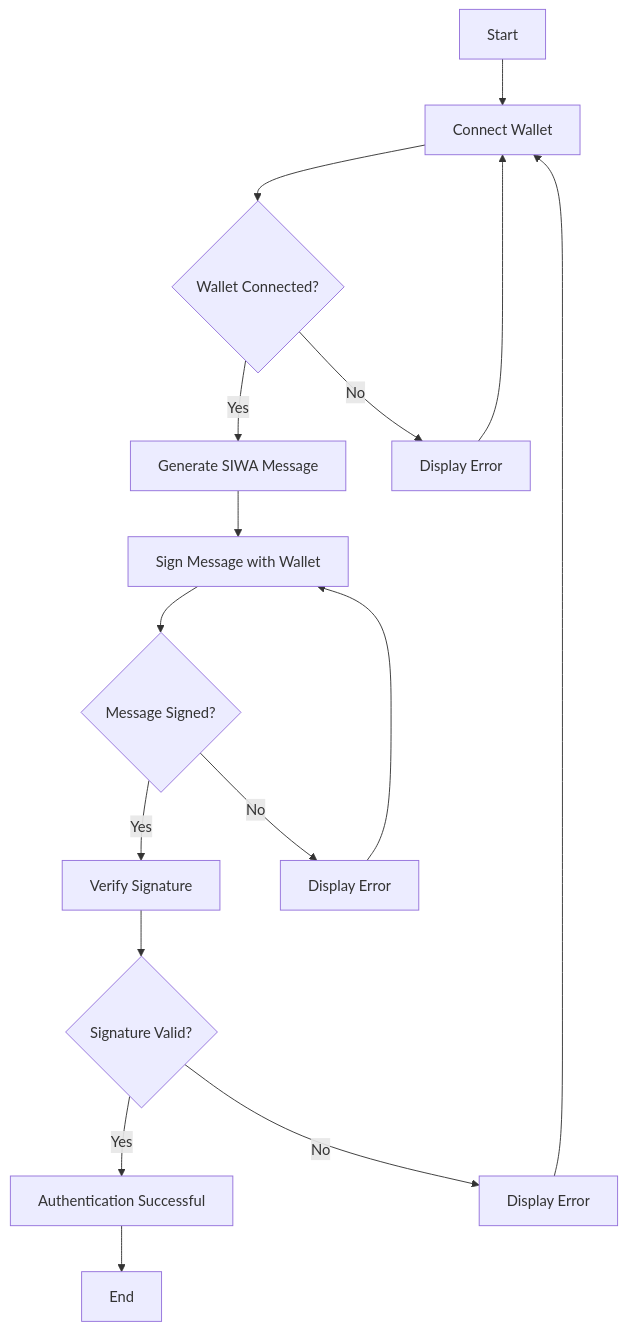
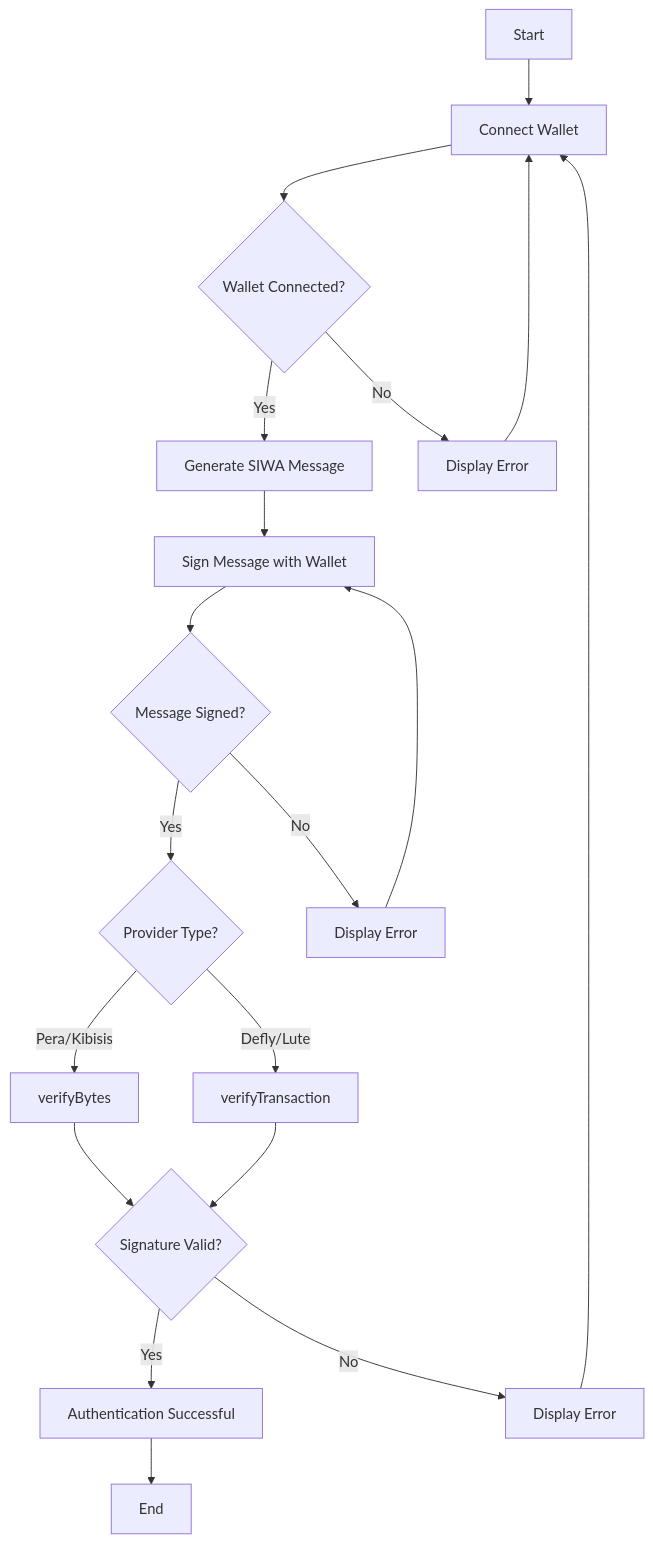
Before and after one commit to headline-design/siwa-docs: the diagram in sign-in-with-algorand/quickstart-guide/sign-in-diagram.md, drawn with Mermaid. The commit also changed other lines of this file and 4 other files, not shown here.

````diff
--- a/sign-in-with-algorand/quickstart-guide/sign-in-diagram.md
+++ b/sign-in-with-algorand/quickstart-guide/sign-in-diagram.md
@@ -5,18 +3,21 @@
 ```mermaid
 graph TD
     A["Start"] --> B["Connect Wallet"]
     B --> C{"Wallet Connected?"}
     C -->|Yes| D["Generate SIWA Message"]
     C -->|No| E["Display Error"]
     E --> B
     D --> F["Sign Message with Wallet"]
     F --> G{"Message Signed?"}
-    G -->|Yes| H["Verify Signature"]
+    G -->|Yes| H{"Provider Type?"}
     G -->|No| I["Display Error"]
     I --> F
-    H --> J{"Signature Valid?"}
-    J -->|Yes| K["Authentication Successful"]
-    J -->|No| L["Display Error"]
-    L --> B
-    K --> M["End"]
+    H -->|Pera/Kibisis| J["verifyBytes"]
+    H -->|Defly/Lute| K["verifyTransaction"]
+    J --> L{"Signature Valid?"}
+    K --> L
+    L -->|Yes| M["Authentication Successful"]
+    L -->|No| N["Display Error"]
+    N --> B
+    M --> O["End"]
 ```
````
